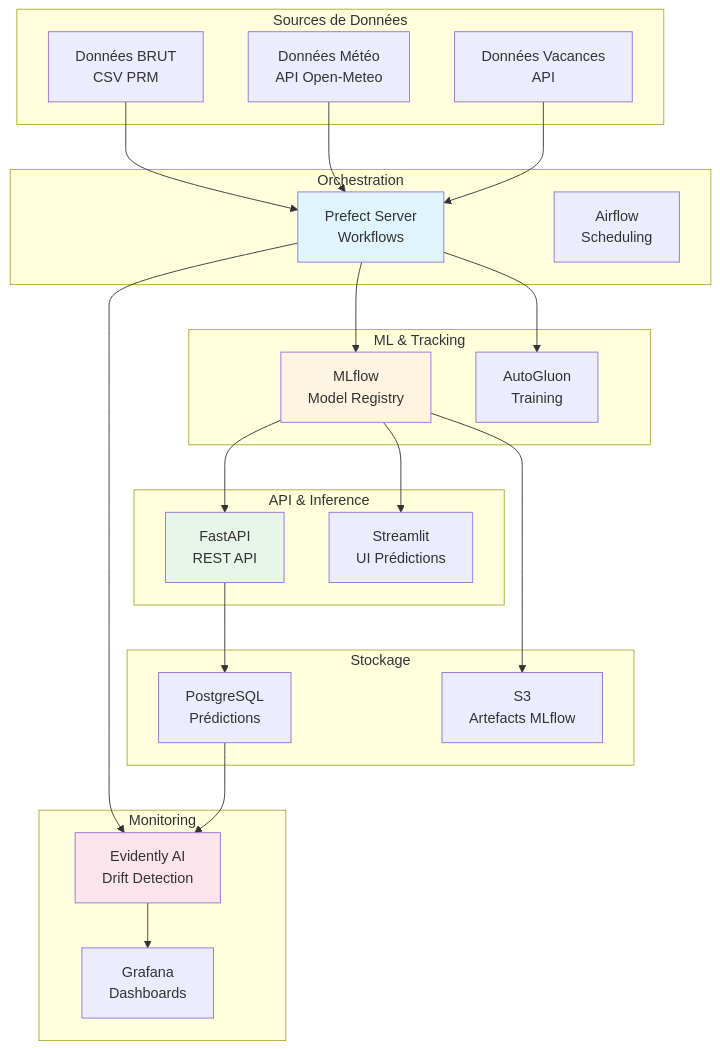
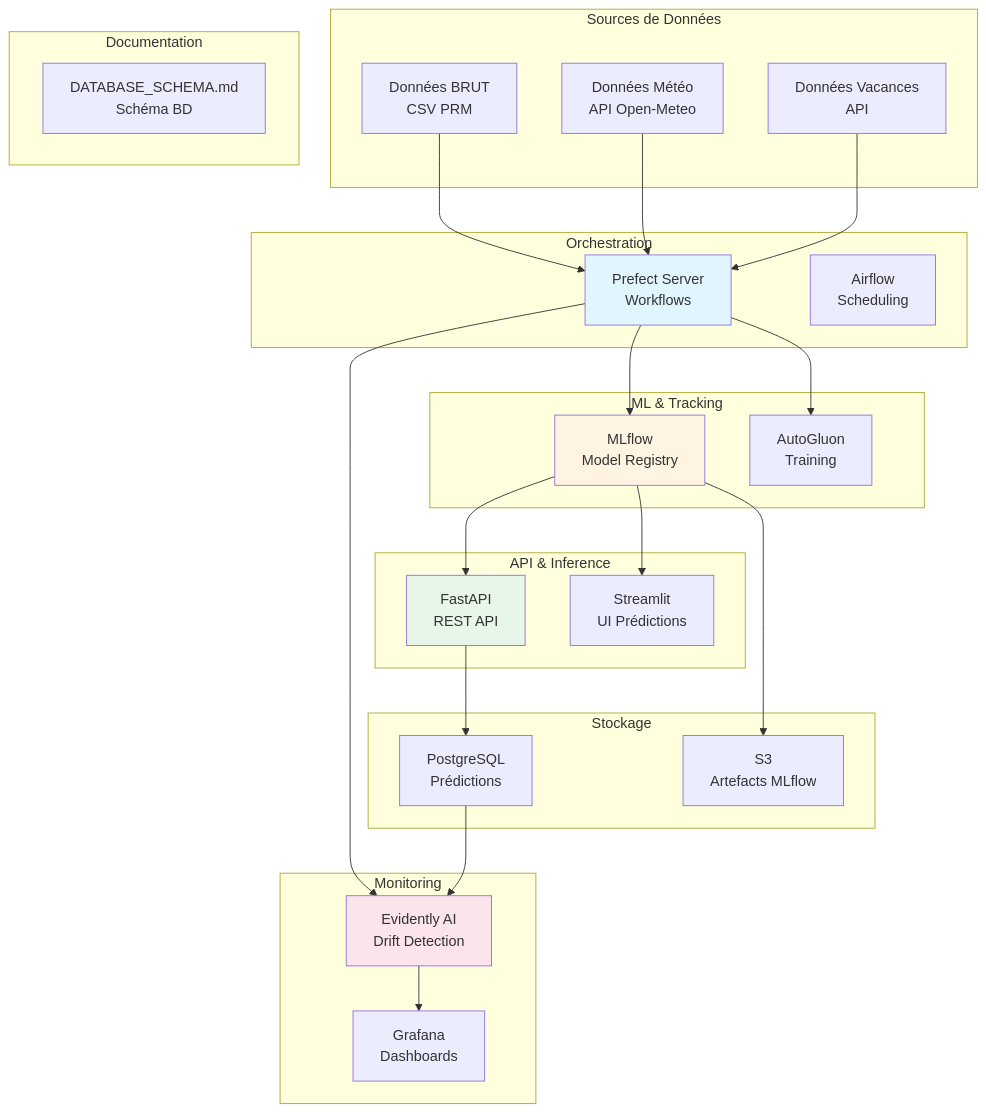
The first of 21 diagrams in docs/ARCHITECTURE_MLOPS.md (jinsudai/jinsudai), drawn with Mermaid before and after one commit. The commit also changed other lines of this file and 11 other files, not shown here.

````diff
--- a/docs/ARCHITECTURE_MLOPS.md
+++ b/docs/ARCHITECTURE_MLOPS.md
@@ -19,51 +19,55 @@
 ```mermaid
 graph TB
     subgraph "Sources de Données"
         A[Données BRUT<br/>CSV PRM]
         B[Données Météo<br/>API Open-Meteo]
         C[Données Vacances<br/>API]
     end
     
     subgraph "Orchestration"
         D[Prefect Server<br/>Workflows]
         E[Airflow<br/>Scheduling]
     end
     
     subgraph "ML & Tracking"
         F[MLflow<br/>Model Registry]
         G[AutoGluon<br/>Training]
     end
     
     subgraph "API & Inference"
         H[FastAPI<br/>REST API]
         I[Streamlit<br/>UI Prédictions]
     end
     
     subgraph "Monitoring"
         J[Evidently AI<br/>Drift Detection]
         K[Grafana<br/>Dashboards]
     end
     
     subgraph "Stockage"
         L[PostgreSQL<br/>Prédictions]
         M[S3<br/>Artefacts MLflow]
     end
+
+    subgraph "Documentation"
+        N[DATABASE_SCHEMA.md<br/>Schéma BD]
+    end
     
     A --> D
     B --> D
     C --> D
     D --> F
     D --> G
     F --> H
     F --> I
     H --> L
     D --> J
     J --> K
     F --> M
     L --> J
     
     style D fill:#e1f5ff
     style F fill:#fff4e1
     style H fill:#e8f5e9
     style J fill:#fce4ec
 ```
````
